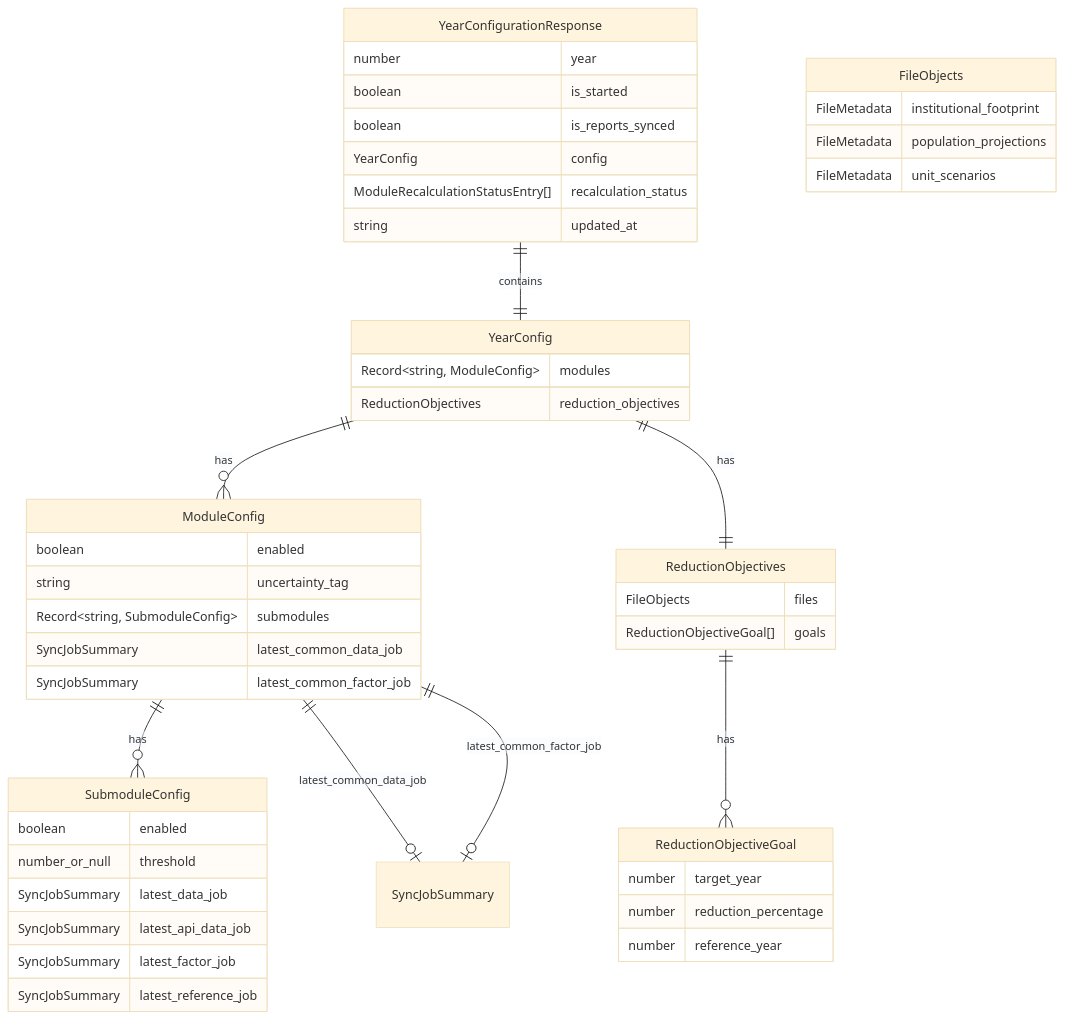
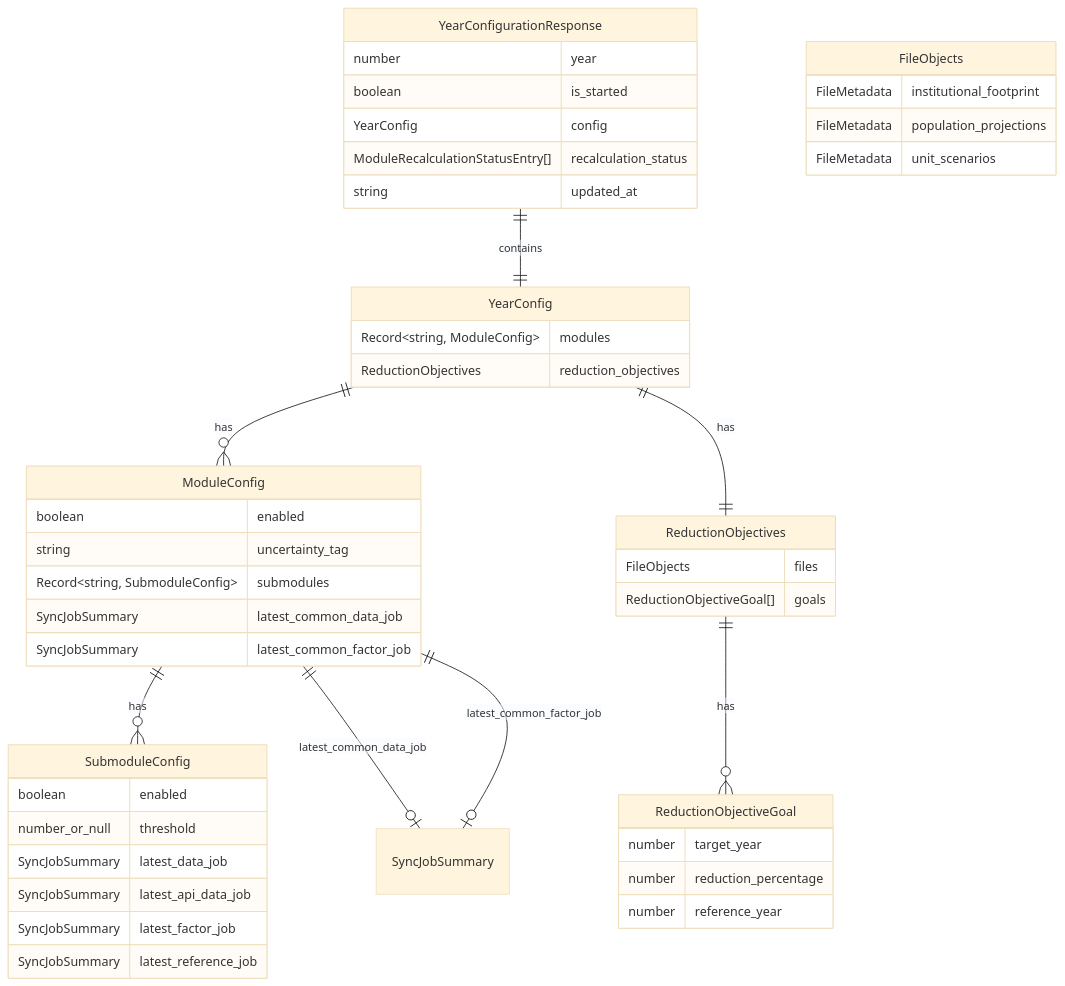
One commit to EPFL-ENAC/co2-calculator changed the third of 7 diagrams in docs/src/frontend/data-management/modules-and-config.md. Above: the diagram before and after it, drawn with Mermaid (base theme). The commit also changed 19 other files, not shown here.

First line of the commit message:
feat(857): finalize back-office "Open year for users" flow

````diff
--- a/docs/src/frontend/data-management/modules-and-config.md
+++ b/docs/src/frontend/data-management/modules-and-config.md
@@ -79,58 +79,57 @@
 ```mermaid
 erDiagram
     YearConfigurationResponse {
         number year
         boolean is_started
-        boolean is_reports_synced
         YearConfig config
         ModuleRecalculationStatusEntry[] recalculation_status
         string updated_at
     }
 
     YearConfig {
         Record~string, ModuleConfig~ modules
         ReductionObjectives reduction_objectives
     }
 
     ModuleConfig {
         boolean enabled
         string uncertainty_tag
         Record~string, SubmoduleConfig~ submodules
         SyncJobSummary latest_common_data_job
         SyncJobSummary latest_common_factor_job
     }
 
     SubmoduleConfig {
         boolean enabled
         number_or_null threshold
         SyncJobSummary latest_data_job
         SyncJobSummary latest_api_data_job
         SyncJobSummary latest_factor_job
         SyncJobSummary latest_reference_job
     }
 
     ReductionObjectives {
         FileObjects files
         ReductionObjectiveGoal[] goals
     }
 
     FileObjects {
         FileMetadata institutional_footprint
         FileMetadata population_projections
         FileMetadata unit_scenarios
     }
 
     ReductionObjectiveGoal {
         number target_year
         number reduction_percentage
         number reference_year
     }
 
     YearConfigurationResponse ||--|| YearConfig : contains
     YearConfig ||--o{ ModuleConfig : has
     ModuleConfig ||--o{ SubmoduleConfig : has
     ModuleConfig ||--o| SyncJobSummary : latest_common_data_job
     ModuleConfig ||--o| SyncJobSummary : latest_common_factor_job
     YearConfig ||--|| ReductionObjectives : has
     ReductionObjectives ||--o{ ReductionObjectiveGoal : has
 ```
````
